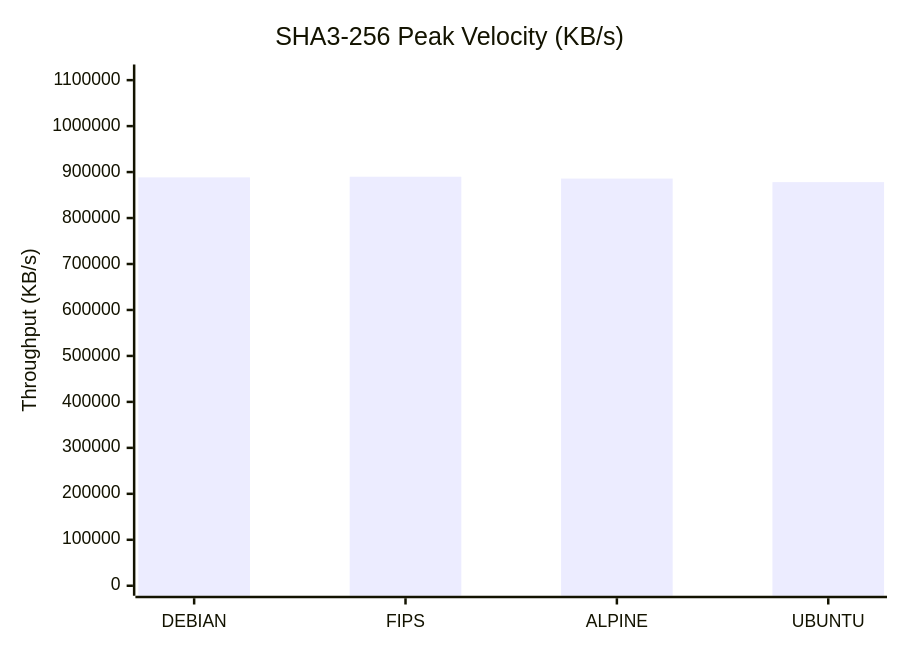
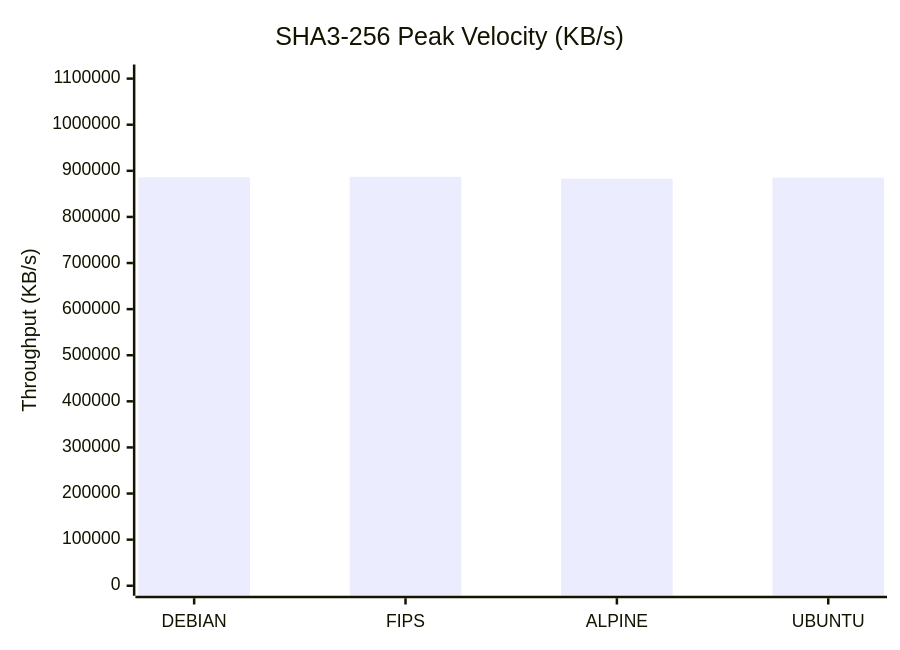
One commit to taha2samy/openssl_fips changed the third of 9 diagrams in docs/Comparison_Report.md. Above: the diagram before and after it, drawn with Mermaid. The commit also changed other lines of this file and 2 other files, not shown here.

````diff
--- a/docs/Comparison_Report.md
+++ b/docs/Comparison_Report.md
@@ -74,7 +74,7 @@
 ```mermaid
 xychart-beta
     title "SHA3-256 Peak Velocity (KB/s)"
     x-axis [DEBIAN, FIPS, ALPINE, UBUNTU]
-    y-axis "Throughput (KB/s)" 0 --> 1112279
-    bar [888446.98, 889823.23, 885866.5, 878116.86]
+    y-axis "Throughput (KB/s)" 0 --> 1108908
+    bar [886035.25, 887126.43, 882688.0, 885329.1]
 ```
````
